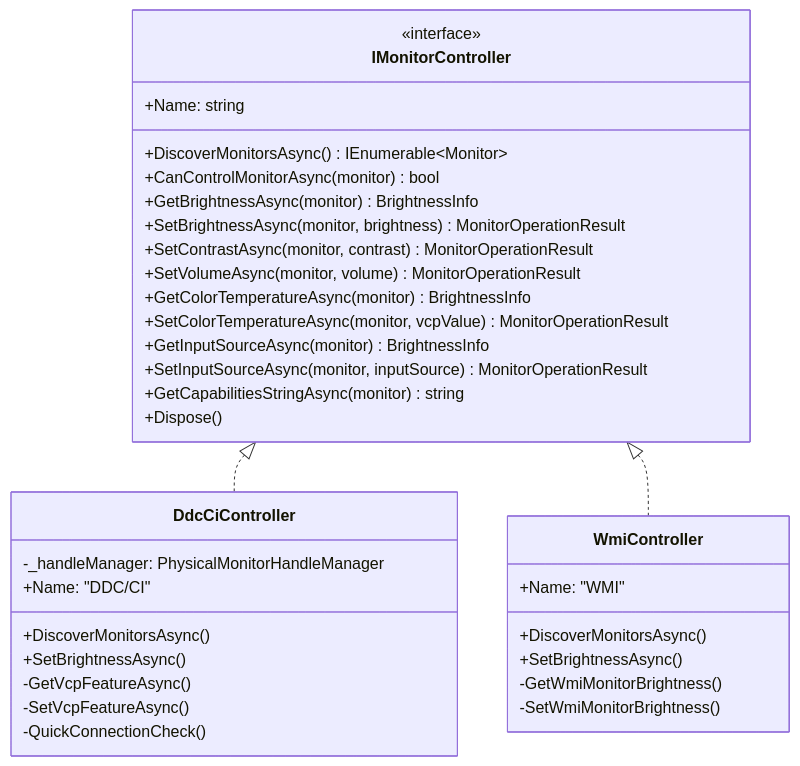
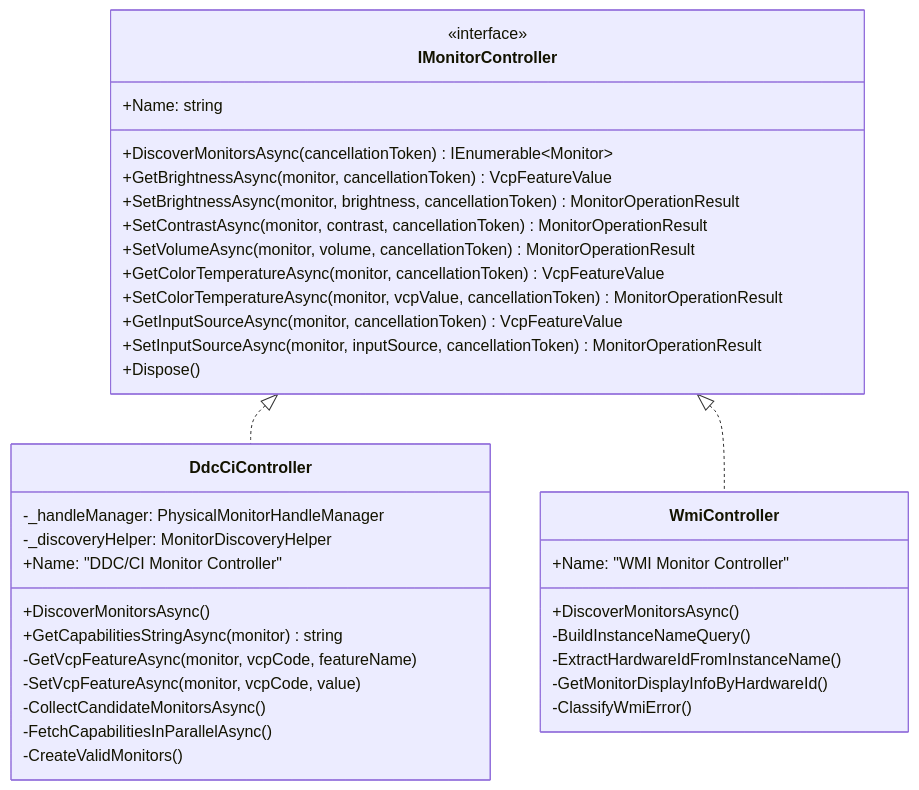
The fourth of 17 diagrams in doc/devdocs/modules/powerdisplay/design.md (microsoft/PowerToys), drawn with Mermaid before and after one commit. The commit also changed other lines of this file and 2 other files, not shown here.

First line of the commit message:
PowerDisplay: overhaul design docs, remove obsolete IPC code

````diff
--- a/doc/devdocs/modules/powerdisplay/design.md
+++ b/doc/devdocs/modules/powerdisplay/design.md
@@ -418,40 +472,42 @@
 ```mermaid
 classDiagram
     class IMonitorController {
         <<interface>>
         +Name: string
-        +DiscoverMonitorsAsync() IEnumerable~Monitor~
-        +CanControlMonitorAsync(monitor) bool
-        +GetBrightnessAsync(monitor) BrightnessInfo
-        +SetBrightnessAsync(monitor, brightness) MonitorOperationResult
-        +SetContrastAsync(monitor, contrast) MonitorOperationResult
-        +SetVolumeAsync(monitor, volume) MonitorOperationResult
-        +GetColorTemperatureAsync(monitor) BrightnessInfo
-        +SetColorTemperatureAsync(monitor, vcpValue) MonitorOperationResult
-        +GetInputSourceAsync(monitor) BrightnessInfo
-        +SetInputSourceAsync(monitor, inputSource) MonitorOperationResult
-        +GetCapabilitiesStringAsync(monitor) string
+        +DiscoverMonitorsAsync(cancellationToken) IEnumerable~Monitor~
+        +GetBrightnessAsync(monitor, cancellationToken) VcpFeatureValue
+        +SetBrightnessAsync(monitor, brightness, cancellationToken) MonitorOperationResult
+        +SetContrastAsync(monitor, contrast, cancellationToken) MonitorOperationResult
+        +SetVolumeAsync(monitor, volume, cancellationToken) MonitorOperationResult
+        +GetColorTemperatureAsync(monitor, cancellationToken) VcpFeatureValue
+        +SetColorTemperatureAsync(monitor, vcpValue, cancellationToken) MonitorOperationResult
+        +GetInputSourceAsync(monitor, cancellationToken) VcpFeatureValue
+        +SetInputSourceAsync(monitor, inputSource, cancellationToken) MonitorOperationResult
         +Dispose()
     }
 
     class DdcCiController {
         -_handleManager: PhysicalMonitorHandleManager
-        +Name: "DDC/CI"
+        -_discoveryHelper: MonitorDiscoveryHelper
+        +Name: "DDC/CI Monitor Controller"
         +DiscoverMonitorsAsync()
-        +SetBrightnessAsync()
-        -GetVcpFeatureAsync()
-        -SetVcpFeatureAsync()
-        -QuickConnectionCheck()
+        +GetCapabilitiesStringAsync(monitor) string
+        -GetVcpFeatureAsync(monitor, vcpCode, featureName)
+        -SetVcpFeatureAsync(monitor, vcpCode, value)
+        -CollectCandidateMonitorsAsync()
+        -FetchCapabilitiesInParallelAsync()
+        -CreateValidMonitors()
     }
 
     class WmiController {
-        +Name: "WMI"
+        +Name: "WMI Monitor Controller"
         +DiscoverMonitorsAsync()
-        +SetBrightnessAsync()
-        -GetWmiMonitorBrightness()
-        -SetWmiMonitorBrightness()
+        -BuildInstanceNameQuery()
+        -ExtractHardwareIdFromInstanceName()
+        -GetMonitorDisplayInfoByHardwareId()
+        -ClassifyWmiError()
     }
 
     IMonitorController <|.. DdcCiController
     IMonitorController <|.. WmiController
 ```
````
